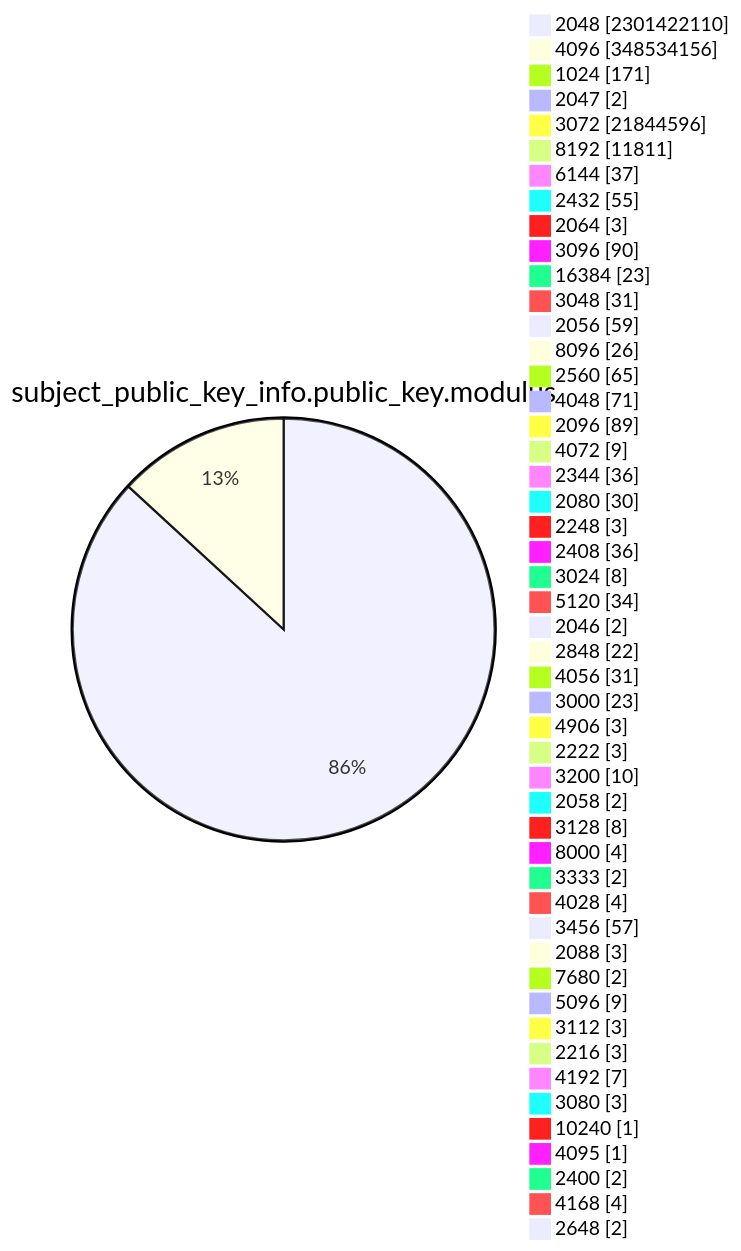
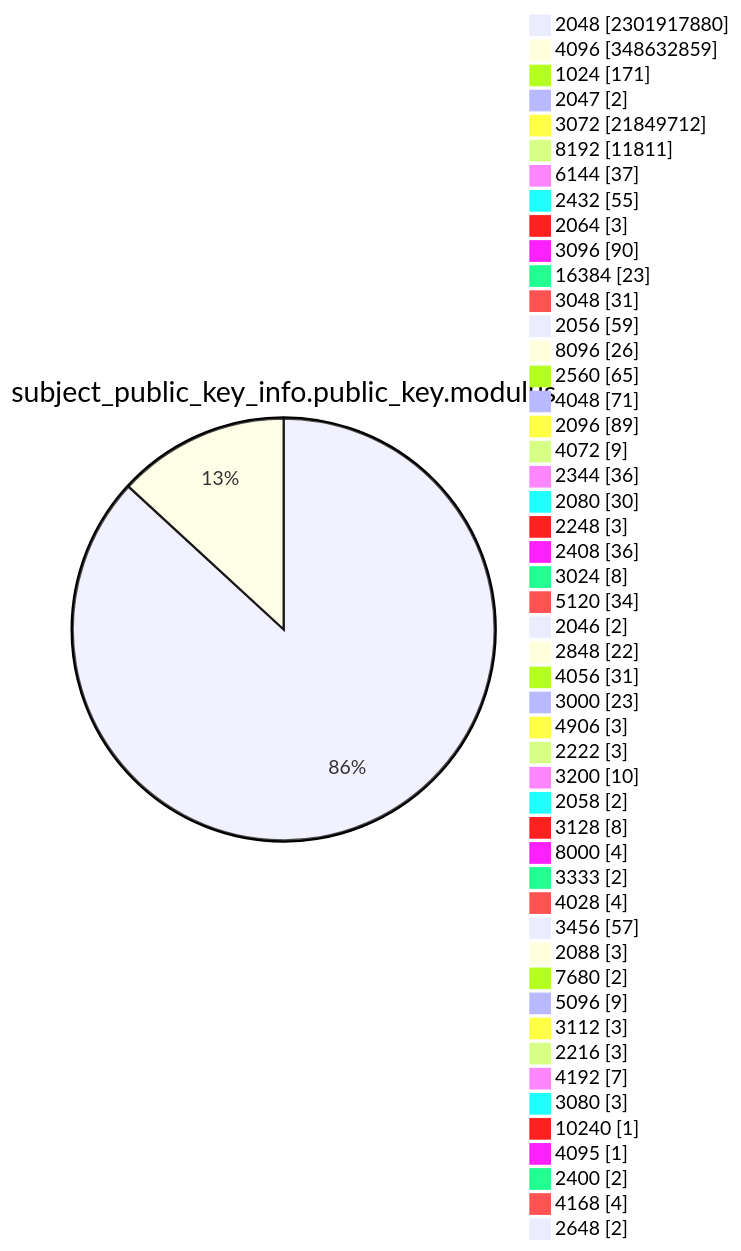
Before and after one commit to christiankrug/ctmonitor_visualization: diagram 13 of 15 in TOTAL/README.md, drawn with Mermaid. The commit also changed other lines of this file, not shown here.

````diff
--- a/TOTAL/README.md
+++ b/TOTAL/README.md
@@ -4167,53 +4167,53 @@
 ```mermaid
 pie showData
 title subject_public_key_info.public_key.modulus
-"2048" :2301422110
-"4096" :348534156
+"2048" :2301917880
+"4096" :348632859
 "1024" :171
 "2047" :2
-"3072" :21844596
+"3072" :21849712
 "8192" :11811
 "6144" :37
 "2432" :55
 "2064" :3
 "3096" :90
 "16384" :23
 "3048" :31
 "2056" :59
 "8096" :26
 "2560" :65
 "4048" :71
 "2096" :89
 "4072" :9
 "2344" :36
 "2080" :30
 "2248" :3
 "2408" :36
 "3024" :8
 "5120" :34
 "2046" :2
 "2848" :22
 "4056" :31
 "3000" :23
 "4906" :3
 "2222" :3
 "3200" :10
 "2058" :2
 "3128" :8
 "8000" :4
 "3333" :2
 "4028" :4
 "3456" :57
 "2088" :3
 "7680" :2
 "5096" :9
 "3112" :3
 "2216" :3
 "4192" :7
 "3080" :3
 "10240" :1
 "4095" :1
 "2400" :2
 "4168" :4
 "2648" :2
 ```
````
